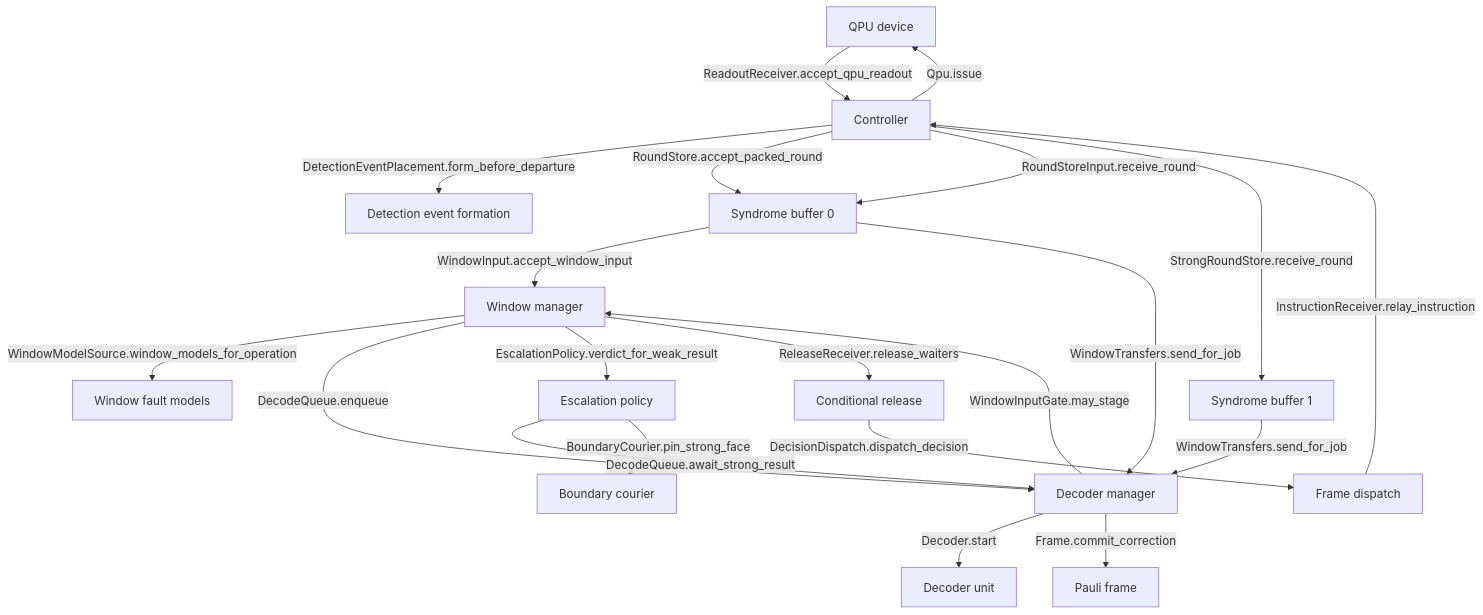
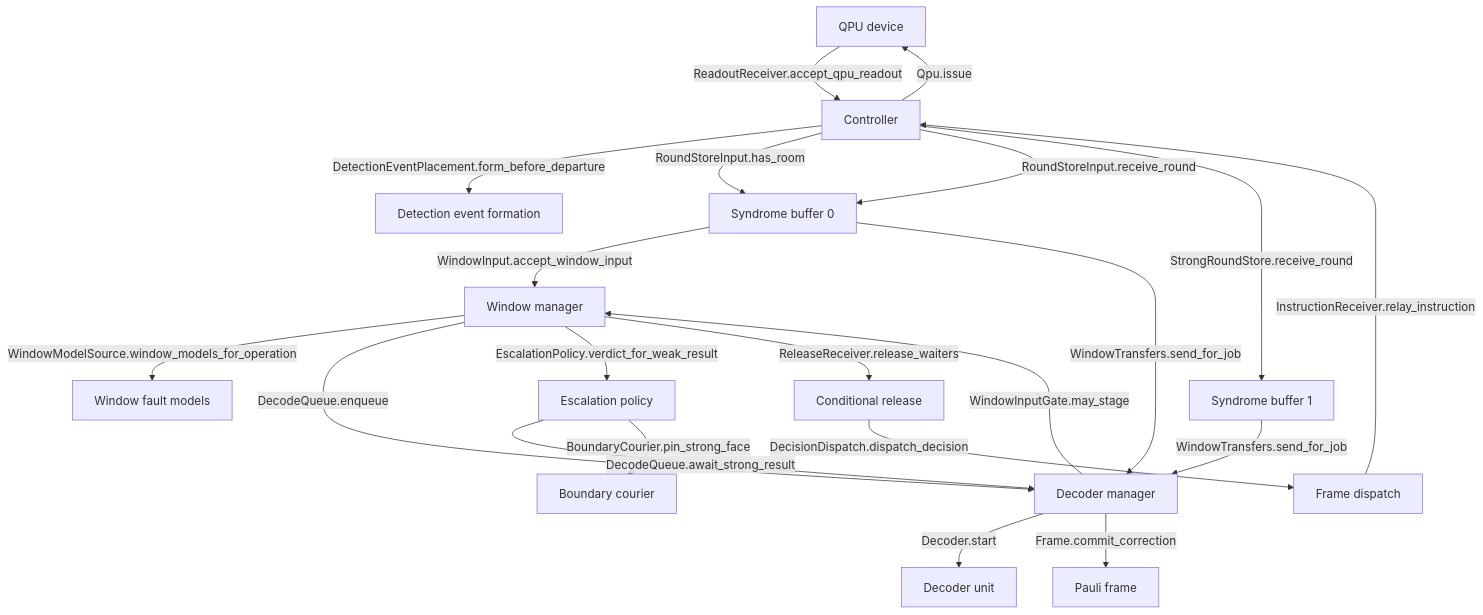
One commit to Subashkatel/decsim changed the diagram in docs/explanation/architecture.md. Above: the diagram before and after it, drawn with Mermaid. The commit also changed 21 other files, not shown here.

````diff
--- a/docs/explanation/architecture.md
+++ b/docs/explanation/architecture.md
@@ -43,37 +43,37 @@
 ```mermaid
 graph TD
     %% Qpu = qpu
     %% Controller = controller
     %% Formation = detector_error_model
     %% Buffer0 = syndrome_buffer
     %% Buffer1 = syndrome_buffer
     %% Windows = windows
     %% Models = qpu
     %% Decoders = decoders
     %% Unit = decoders
     %% Escalation = escalation
     %% Courier = windows
     %% Frame = pauli_frame
     %% Release = controller
     %% Dispatch = pauli_frame
     Qpu["QPU device"] -->|"ReadoutReceiver.accept_qpu_readout"| Controller
     Controller -->|"DetectionEventPlacement.form_before_departure"| Formation["Detection event formation"]
-    Controller -->|"RoundStore.accept_packed_round"| Buffer0["Syndrome buffer 0"]
+    Controller -->|"RoundStoreInput.has_room"| Buffer0["Syndrome buffer 0"]
     Controller -->|"RoundStoreInput.receive_round"| Buffer0
     Controller -->|"StrongRoundStore.receive_round"| Buffer1["Syndrome buffer 1"]
     Buffer0 -->|"WindowInput.accept_window_input"| Windows["Window manager"]
     Windows -->|"WindowModelSource.window_models_for_operation"| Models["Window fault models"]
     Windows -->|"DecodeQueue.enqueue"| Decoders["Decoder manager"]
     Buffer0 -->|"WindowTransfers.send_for_job"| Decoders
     Decoders -->|"WindowInputGate.may_stage"| Windows
     Decoders -->|"Decoder.start"| Unit["Decoder unit"]
     Windows -->|"EscalationPolicy.verdict_for_weak_result"| Escalation["Escalation policy"]
     Escalation -->|"DecodeQueue.await_strong_result"| Decoders
     Escalation -->|"BoundaryCourier.pin_strong_face"| Courier["Boundary courier"]
     Buffer1 -->|"WindowTransfers.send_for_job"| Decoders
     Decoders -->|"Frame.commit_correction"| Frame["Pauli frame"]
     Windows -->|"ReleaseReceiver.release_waiters"| Release["Conditional release"]
     Release -->|"DecisionDispatch.dispatch_decision"| Dispatch["Frame dispatch"]
     Dispatch -->|"InstructionReceiver.relay_instruction"| Controller
     Controller -->|"Qpu.issue"| Qpu
 ```
````
